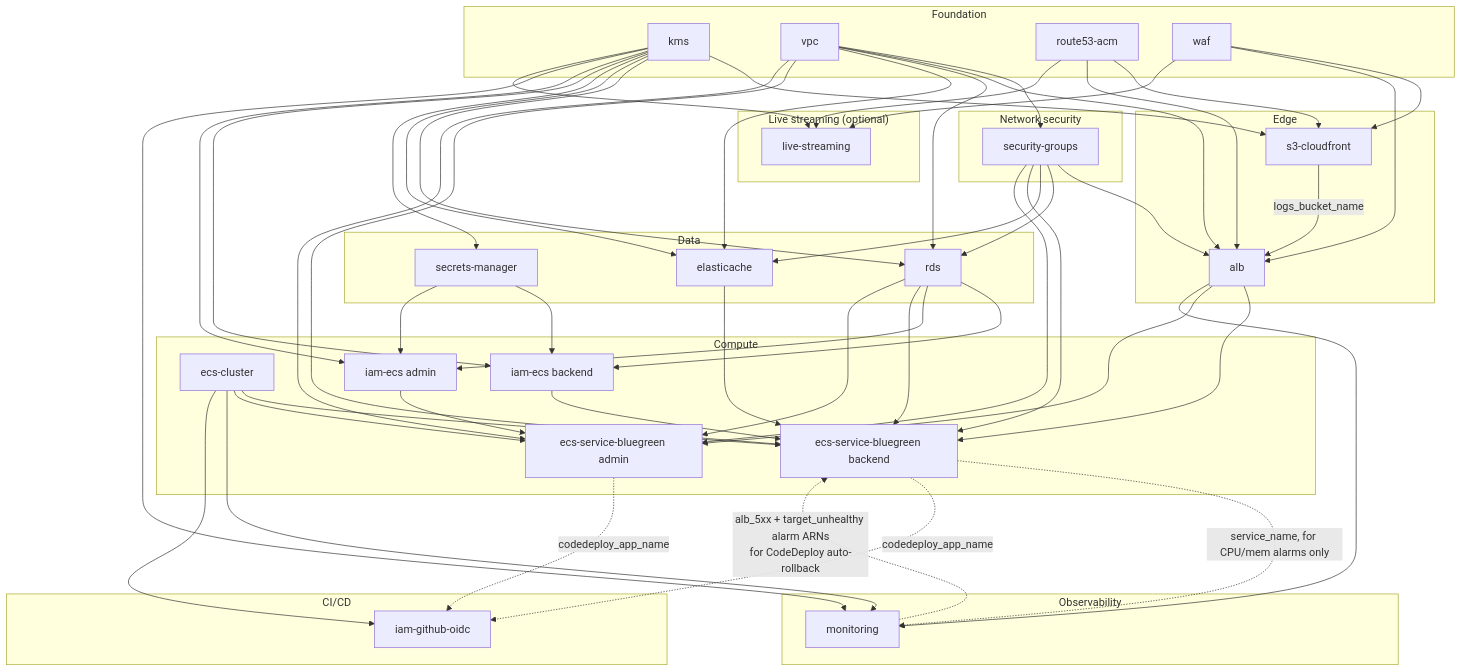
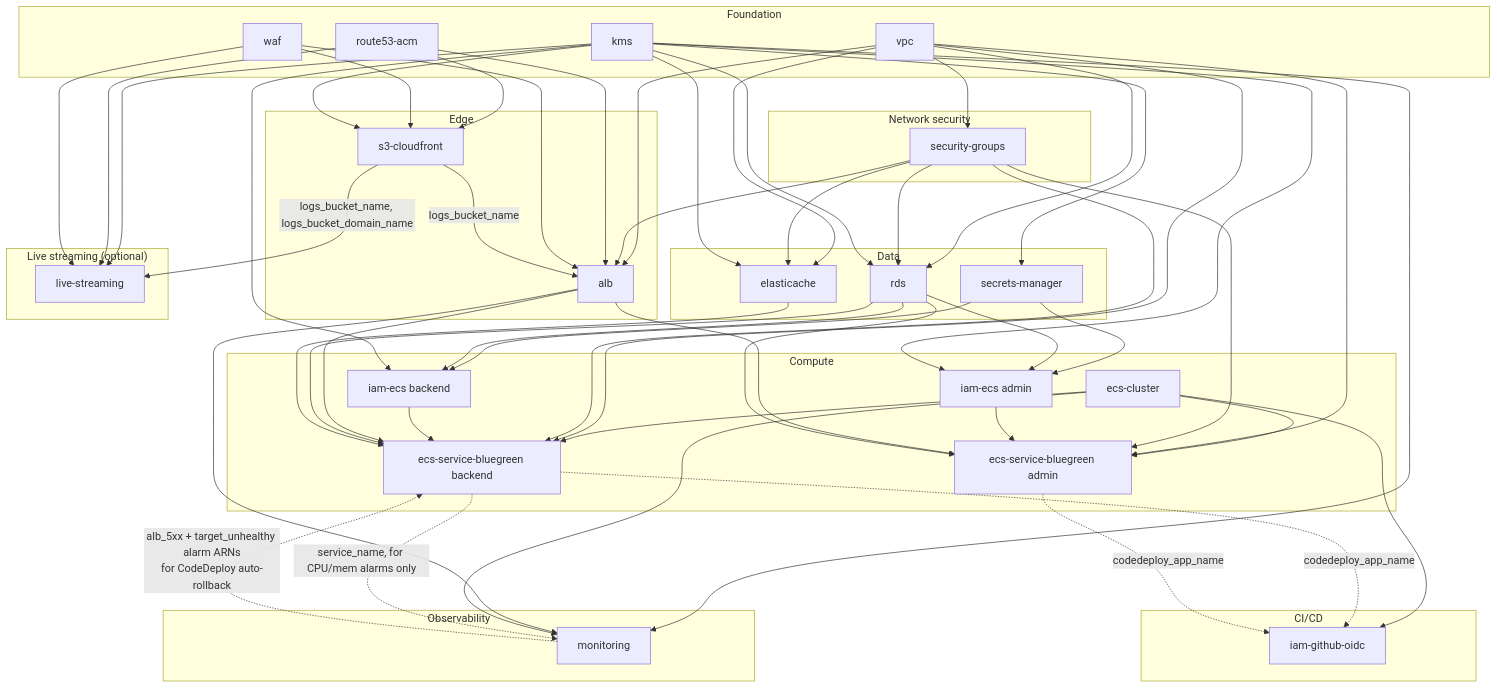
The diagram in infra-at-scale/docs/02-module-connections.md (anuragsharma1098/aws), drawn with Mermaid before and after one commit. The commit also changed other lines of this file and 9 other files, not shown here.

```diff
--- a/infra-at-scale/docs/02-module-connections.md
+++ b/infra-at-scale/docs/02-module-connections.md
@@ -92,6 +92,7 @@
     KMS --> LIVE
     DNS --> LIVE
     WAF --> LIVE
+    FRONTEND -->|logs_bucket_name, logs_bucket_domain_name| LIVE
 
     subgraph "CI/CD"
         OIDC[iam-github-oidc]
```
